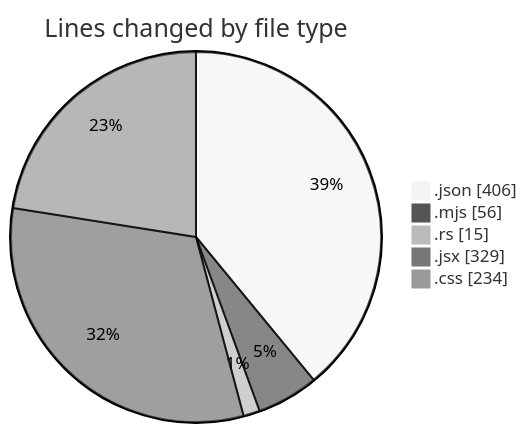
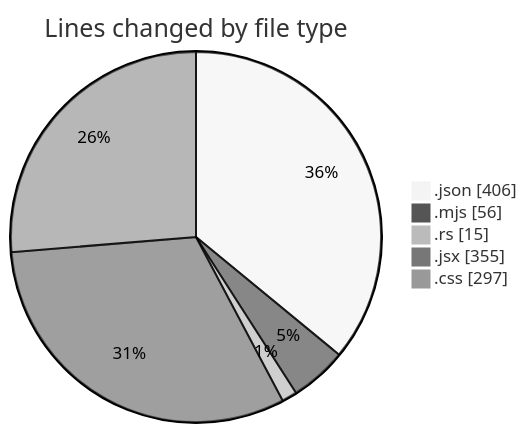
The first of 2 diagrams in 2025-01-28/trollerboard/README.md (charlie-sans/code-tracking), drawn with Mermaid (neutral theme) before and after one commit. The commit also changed other lines of this file and 1 other file, not shown here.

````diff
--- a/2025-01-28/trollerboard/README.md
+++ b/2025-01-28/trollerboard/README.md
@@ -25,9 +25,9 @@
 ```mermaid
 pie showData
 title Lines changed by file type
 ".json" : 406
 ".mjs" : 56
 ".rs" : 15
-".jsx" : 329
-".css" : 234
+".jsx" : 355
+".css" : 297
 ```
````
